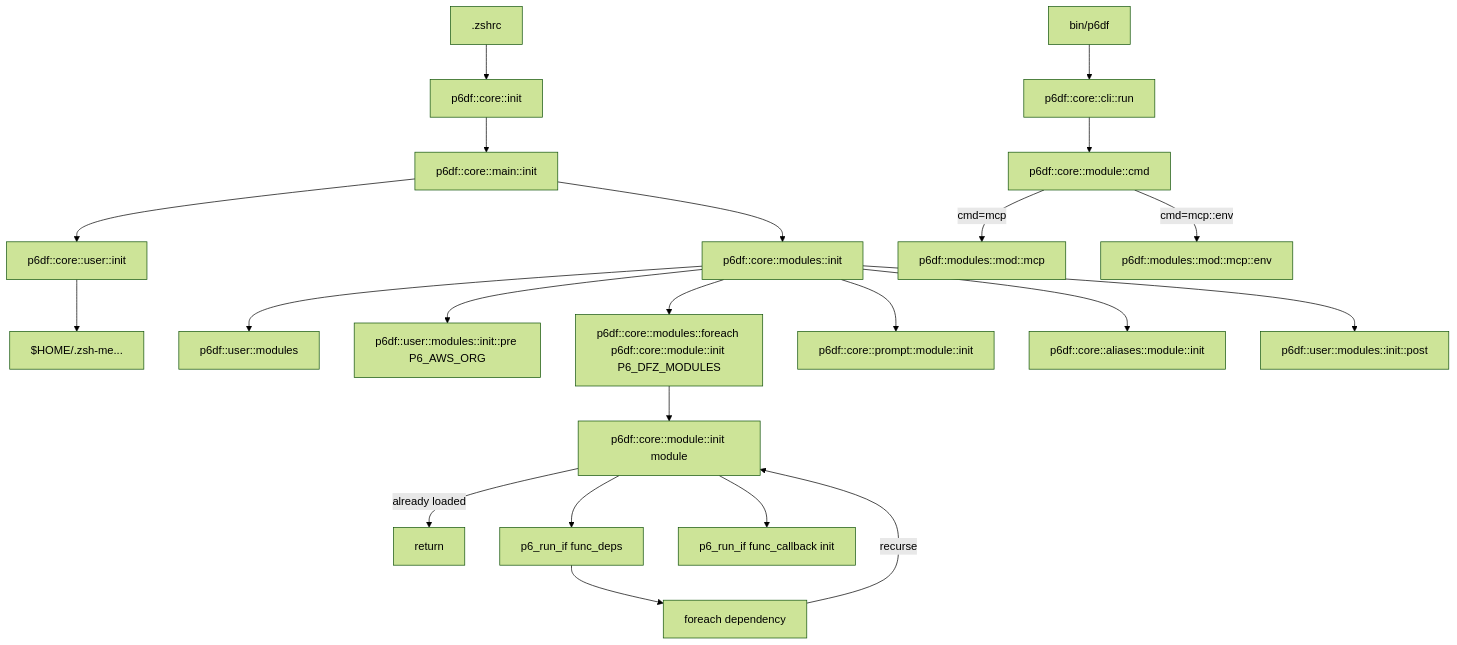
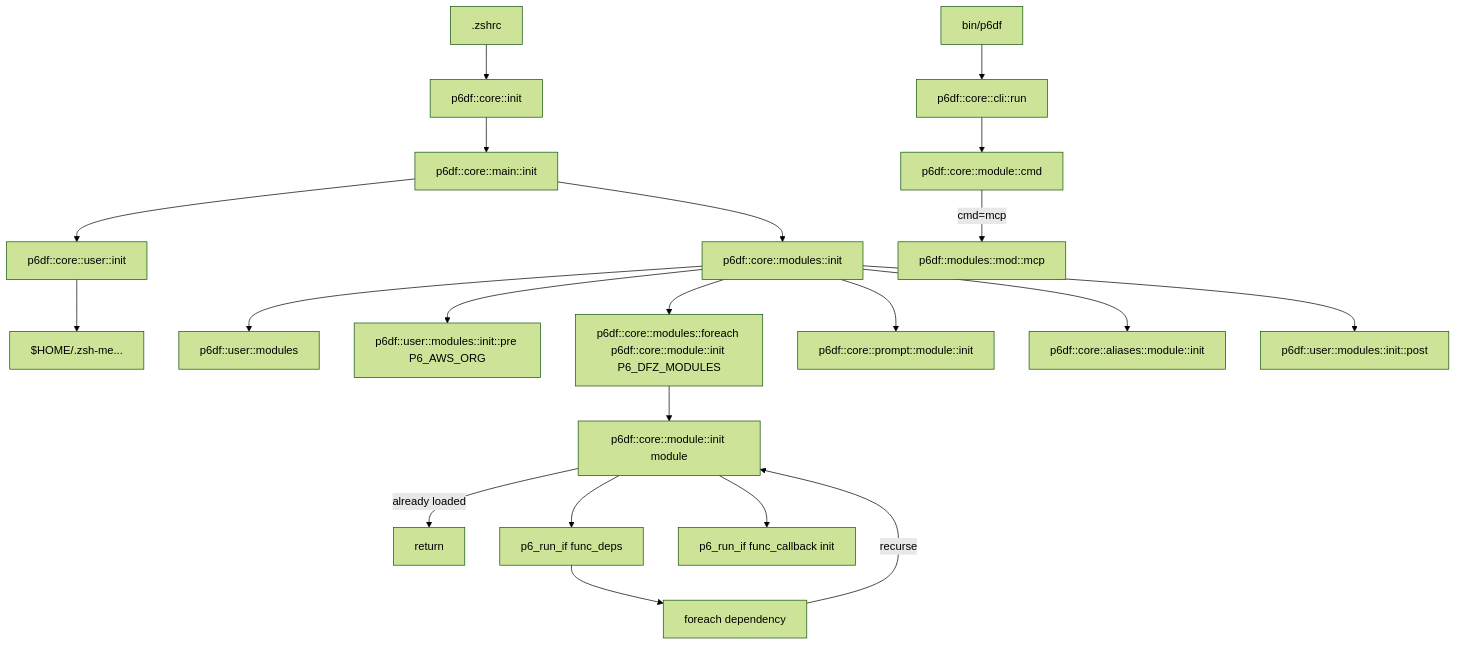
Before and after one commit to p6m7g8-dotfiles/p6df-core: the diagram in doc/flow.md, drawn with Mermaid (forest theme). The commit also changed other lines of this file and 6 other files, not shown here.

First line of the commit message:
feat: remove mcp::env hook dispatch, update docs for profile-based env management (#51)

````diff
--- a/doc/flow.md
+++ b/doc/flow.md
@@ -50,35 +50,34 @@
 ```mermaid
 flowchart TD
     Z[.zshrc] --> A[p6df::core::init]
     A --> B[p6df::core::main::init]
 
     B --> C[p6df::core::user::init]
     C --> C1[$HOME/.zsh-me...]
 
     B --> D[p6df::core::modules::init]
 
     D --> E[p6df::user::modules]
     D --> F[p6df::user::modules::init::pre P6_AWS_ORG]
 
     D --> G[p6df::core::modules::foreach p6df::core::module::init P6_DFZ_MODULES]
 
     G --> H[p6df::core::module::init module]
 
     H -->|already loaded| R[return]
 
     H --> I[p6_run_if func_deps]
     I --> J[foreach dependency]
     J -->|recurse| H
 
     H --> K[p6_run_if func_callback init]
 
     D --> L[p6df::core::prompt::module::init]
     D --> M[p6df::core::aliases::module::init]
     D --> N[p6df::user::modules::init::post]
 
     CLI[bin/p6df] --> O[p6df::core::cli::run]
     O --> P[p6df::core::module::cmd]
 
     P -->|cmd=mcp| MCP[p6df::modules::mod::mcp]
-    P -->|cmd=mcp::env| MCPENV[p6df::modules::mod::mcp::env]
 ```
````
